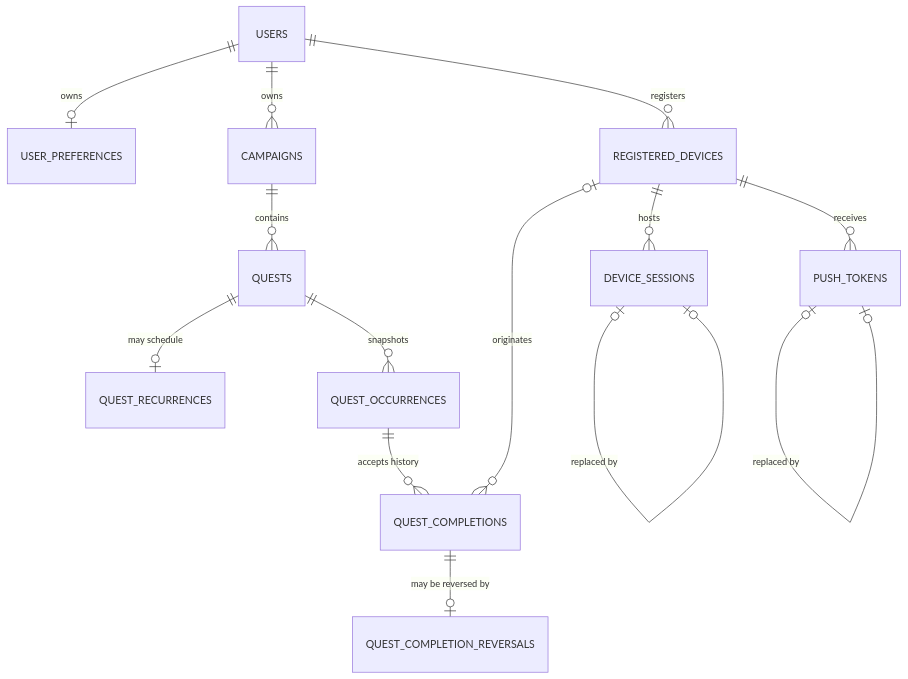
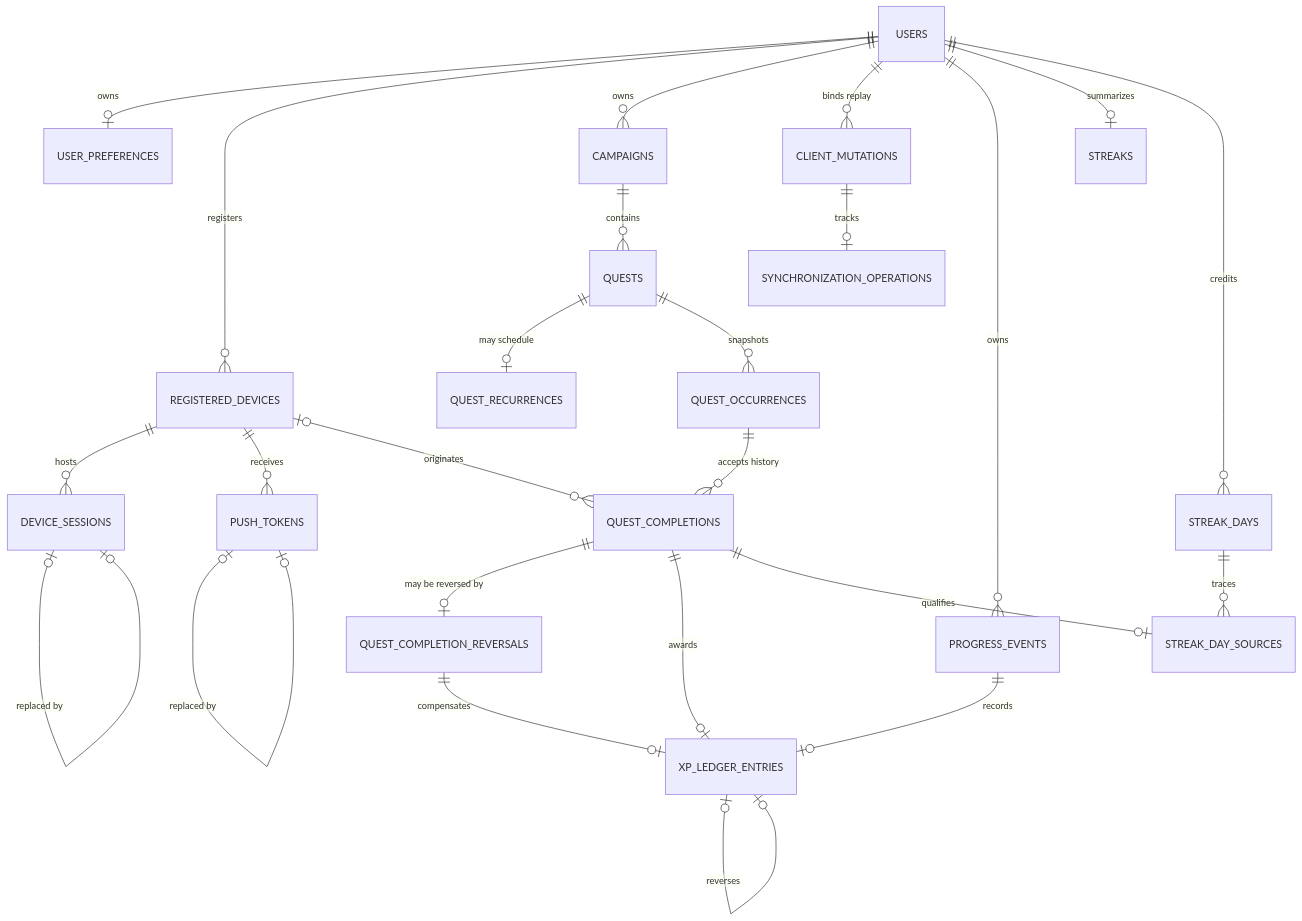
The diagram in docs/database/stage-3-schema.md (zidaneyoung/Achiwave), drawn with Mermaid before and after one commit. The commit also changed other lines of this file, not shown here.

Commit message:
docs(database): document synchronization and progression schema

````diff
--- a/docs/database/stage-3-schema.md
+++ b/docs/database/stage-3-schema.md
@@ -223,16 +304,27 @@
 ```mermaid
 erDiagram
     USERS ||--o| USER_PREFERENCES : "owns"
     USERS ||--o{ REGISTERED_DEVICES : "registers"
     REGISTERED_DEVICES ||--o{ DEVICE_SESSIONS : "hosts"
     REGISTERED_DEVICES ||--o{ PUSH_TOKENS : "receives"
     DEVICE_SESSIONS o|--o| DEVICE_SESSIONS : "replaced by"
     PUSH_TOKENS o|--o| PUSH_TOKENS : "replaced by"
     USERS ||--o{ CAMPAIGNS : "owns"
     CAMPAIGNS ||--o{ QUESTS : "contains"
     QUESTS ||--o| QUEST_RECURRENCES : "may schedule"
     QUESTS ||--o{ QUEST_OCCURRENCES : "snapshots"
     QUEST_OCCURRENCES ||--o{ QUEST_COMPLETIONS : "accepts history"
     QUEST_COMPLETIONS ||--o| QUEST_COMPLETION_REVERSALS : "may be reversed by"
     REGISTERED_DEVICES o|--o{ QUEST_COMPLETIONS : "originates"
+    USERS ||--o{ CLIENT_MUTATIONS : "binds replay"
+    CLIENT_MUTATIONS ||--o| SYNCHRONIZATION_OPERATIONS : "tracks"
+    USERS ||--o{ PROGRESS_EVENTS : "owns"
+    PROGRESS_EVENTS ||--o| XP_LEDGER_ENTRIES : "records"
+    QUEST_COMPLETIONS ||--o| XP_LEDGER_ENTRIES : "awards"
+    QUEST_COMPLETION_REVERSALS ||--o| XP_LEDGER_ENTRIES : "compensates"
+    XP_LEDGER_ENTRIES o|--o| XP_LEDGER_ENTRIES : "reverses"
+    USERS ||--o| STREAKS : "summarizes"
+    USERS ||--o{ STREAK_DAYS : "credits"
+    STREAK_DAYS ||--o{ STREAK_DAY_SOURCES : "traces"
+    QUEST_COMPLETIONS ||--o| STREAK_DAY_SOURCES : "qualifies"
 ```
````
